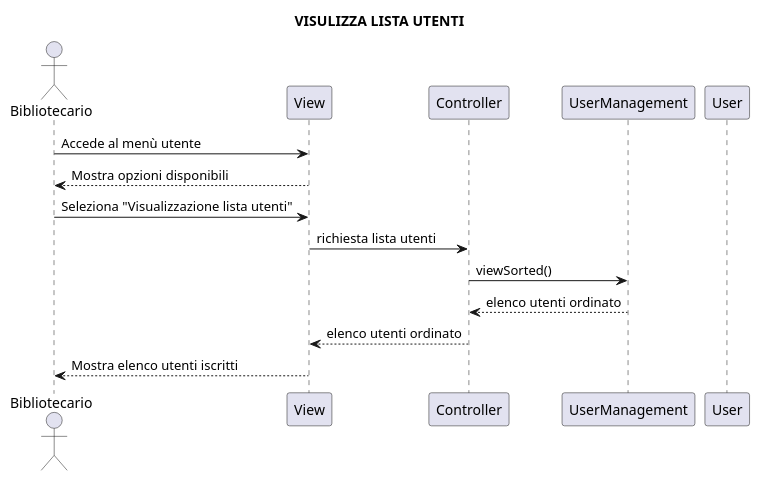
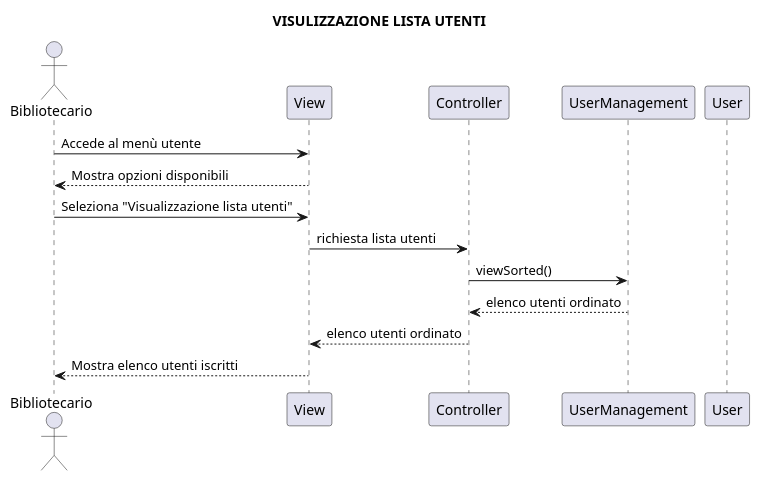
The diagram in gruppo14BibliotecaUniversitaria/uml/VisualizzaListaUtente.puml (brunooliva7/Project-Ingegneria-del-Software14), drawn with PlantUML before and after one commit. The commit also changed 11 other files, not shown here.

```diff
--- a/gruppo14BibliotecaUniversitaria/uml/VisualizzaListaUtente.puml
+++ b/gruppo14BibliotecaUniversitaria/uml/VisualizzaListaUtente.puml
@@ -1,19 +1,19 @@
 @startuml
-title VISULIZZA LISTA UTENTI
+title VISULIZZAZIONE LISTA UTENTI
 
 actor Bibliotecario
 participant View
 participant Controller
 participant UserManagement
 participant User
 
 Bibliotecario -> View: Accede al menù utente
 View --> Bibliotecario: Mostra opzioni disponibili
 Bibliotecario -> View: Seleziona "Visualizzazione lista utenti"
 View -> Controller: richiesta lista utenti
 Controller -> UserManagement: viewSorted()
 UserManagement --> Controller: elenco utenti ordinato
 Controller --> View: elenco utenti ordinato
 View --> Bibliotecario: Mostra elenco utenti iscritti
 
 @enduml
```
